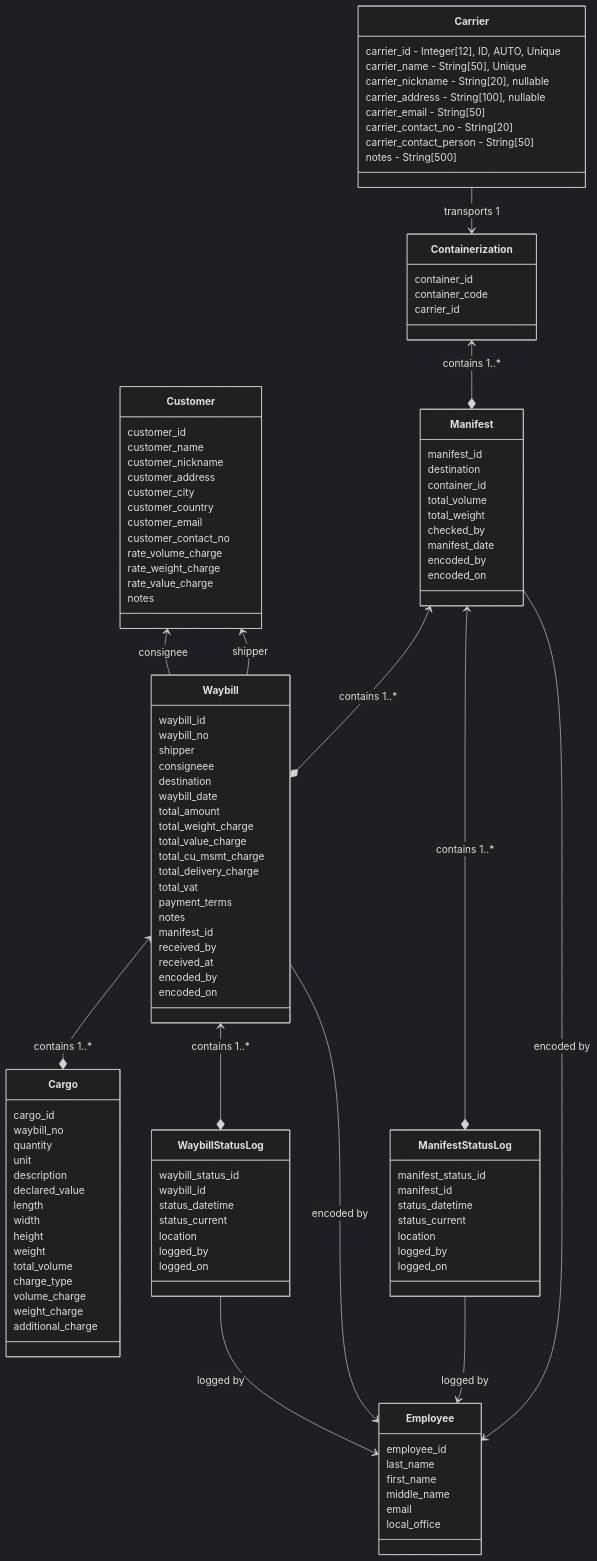
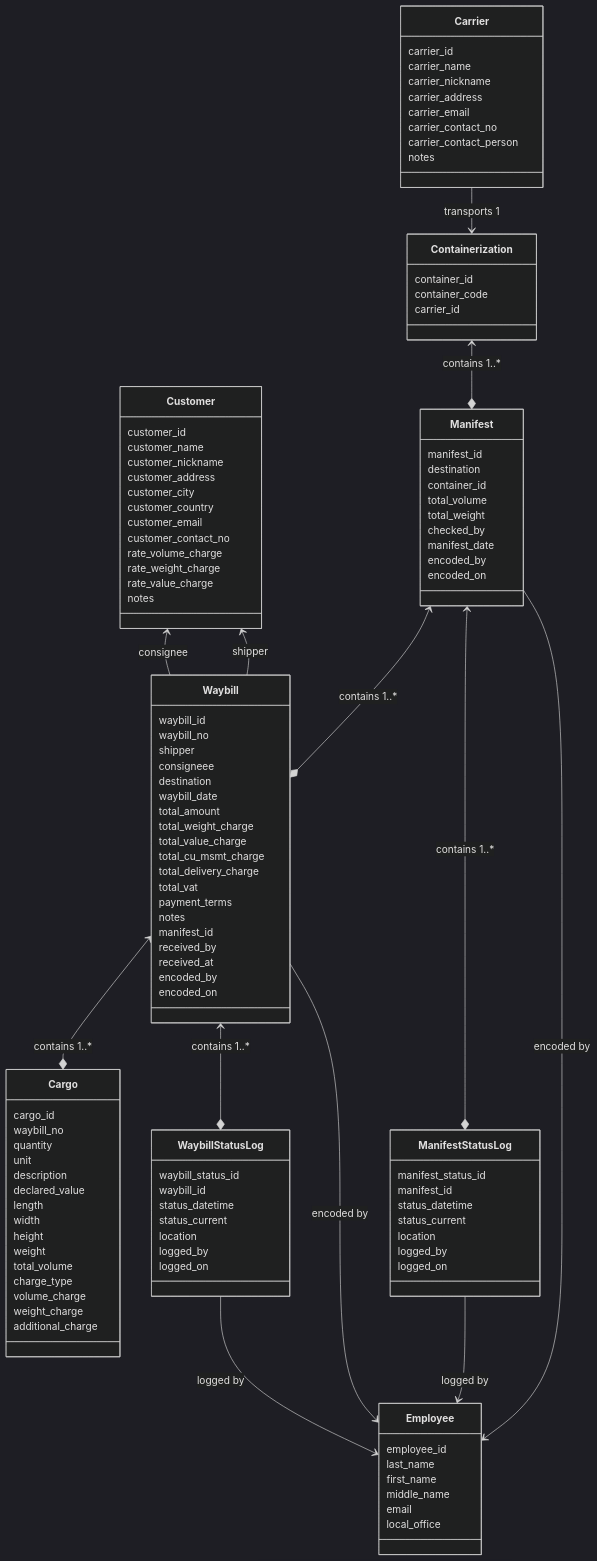
The diagram in docs/MODELS.md (marteyhaw/ideal-train), drawn with Mermaid (dark theme) before and after one commit.

Commit message:
chore: Update database models

```diff
--- a/docs/MODELS.md
+++ b/docs/MODELS.md
@@ -36,14 +36,14 @@
   additional_charge
 }
 class Carrier{
-  carrier_id - Integer[12], ID, AUTO, Unique
-  carrier_name - String[50], Unique
-  carrier_nickname - String[20], nullable
-  carrier_address - String[100], nullable
-  carrier_email - String[50]
-  carrier_contact_no - String[20]
-  carrier_contact_person - String[50]
-  notes - String[500]
+  carrier_id
+  carrier_name
+  carrier_nickname
+  carrier_address
+  carrier_email
+  carrier_contact_no
+  carrier_contact_person
+  notes
 }
 class Containerization{
   container_id
```
